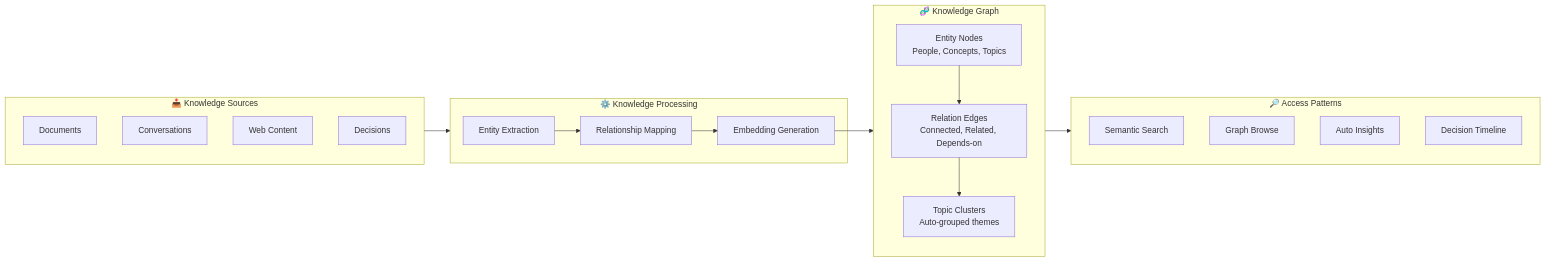
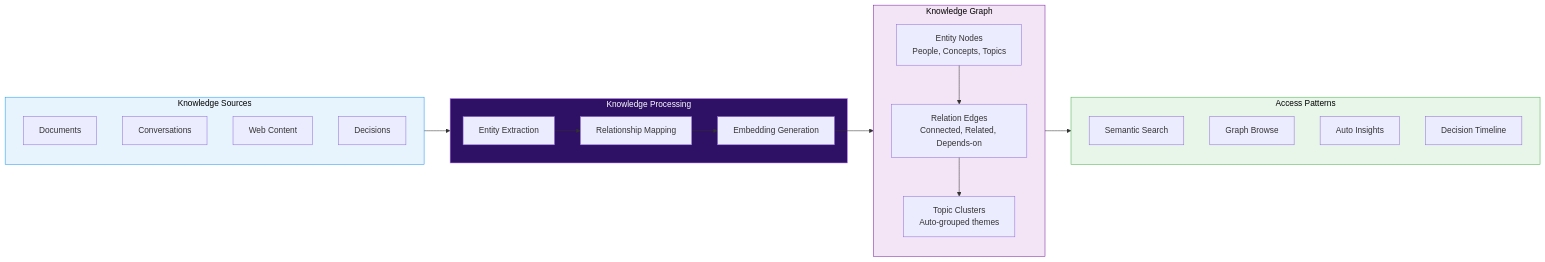
Before and after one commit to mulkymalikuldhrs/mnemosyne: the fifth of 5 diagrams in README.md, drawn with Mermaid. The commit also changed other lines of this file and 1 other file, not shown here.

Commit message:
🎨 Upgrade: banner image + fixed Mermaid + animations + flow diagrams

````diff
--- a/README.md
+++ b/README.md
@@ -280,34 +250,39 @@
 ```mermaid
 flowchart LR
-    subgraph Sources["📥 Knowledge Sources"]
+    subgraph Sources["Knowledge Sources"]
         Docs[Documents]
         Conv[Conversations]
         Web2[Web Content]
         Decisions[Decisions]
     end
 
-    subgraph Processing2["⚙️ Knowledge Processing"]
+    subgraph Processing2["Knowledge Processing"]
         Extract[Entity Extraction]
         Relate[Relationship Mapping]
         Embed2[Embedding Generation]
     end
 
-    subgraph Graph["🧬 Knowledge Graph"]
+    subgraph Graph["Knowledge Graph"]
         Entities[Entity Nodes<br/>People, Concepts, Topics]
         Relations[Relation Edges<br/>Connected, Related, Depends-on]
         Clusters[Topic Clusters<br/>Auto-grouped themes]
     end
 
-    subgraph Access["🔎 Access Patterns"]
+    subgraph Access["Access Patterns"]
         Search2[Semantic Search]
         Browse[Graph Browse]
         Insights2[Auto Insights]
         Timeline[Decision Timeline]
     end
 
     Sources --> Processing2
     Extract --> Relate --> Embed2
     Embed2 --> Graph
     Entities --> Relations --> Clusters
     Graph --> Access
+
+    style Sources fill:#e8f4fd,stroke:#2196f3,color:#000
+    style Processing2 fill:#2e1065,stroke:#c084fc,color:#fff
+    style Graph fill:#f3e5f5,stroke:#7b1fa2,color:#000
+    style Access fill:#e8f5e9,stroke:#4caf50,color:#000
 ```
````
